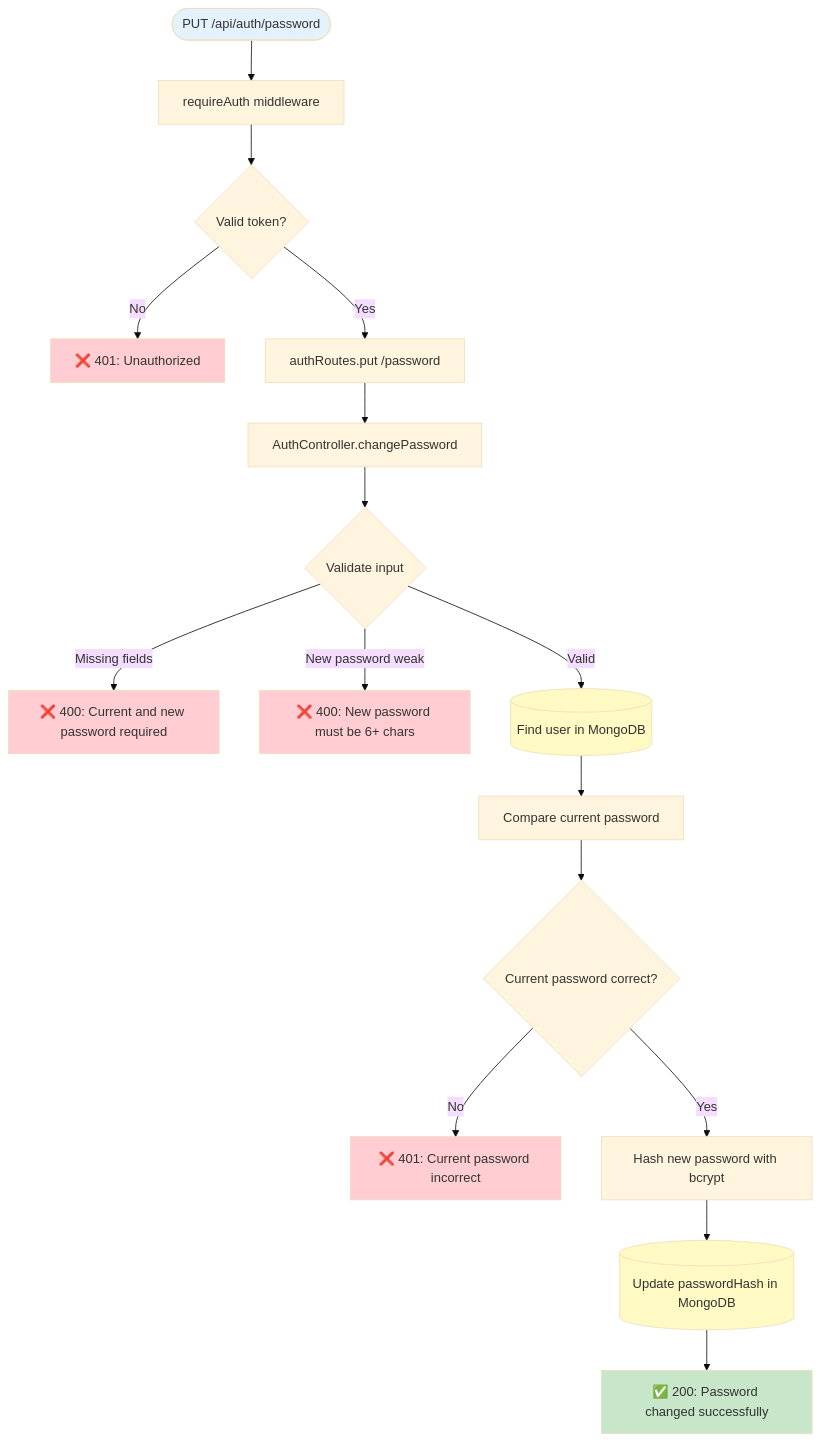
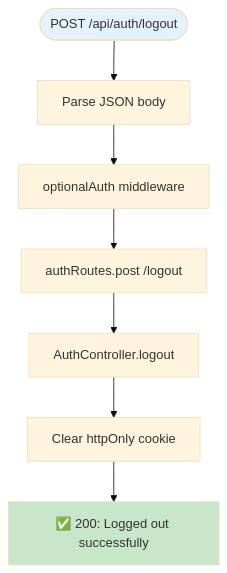
Before and after one commit to shmuelkapiloff/simple-: the third of 11 diagrams in docs/SERVER_ENDPOINTS_MAP.md, drawn with Mermaid (base theme). The commit also changed other lines of this file and 1 other file, not shown here.

Commit message:
fix: Repair broken Mermaid diagrams - remove malformed syntax and incomplete code blocks

````diff
--- a/docs/SERVER_ENDPOINTS_MAP.md
+++ b/docs/SERVER_ENDPOINTS_MAP.md
@@ -489,31 +232,13 @@
 ```mermaid
 flowchart TD
-    Request([PUT /api/auth/password]) --> RequireAuth[requireAuth middleware]
-    RequireAuth --> CheckToken{Valid token?}
-    CheckToken -->|No| Return401["❌ 401: Unauthorized"]
-    CheckToken -->|Yes| RouteHandler[authRoutes.put /password]
+    Request([POST /api/auth/logout]) --> Middleware1[Parse JSON body]
+    Middleware1 --> OptionalAuth[optionalAuth middleware]
+    OptionalAuth --> RouteHandler[authRoutes.post /logout]
     
-    RouteHandler --> Controller[AuthController.changePassword]
-    Controller --> ValidateInput{Validate input}
-    ValidateInput -->|Missing fields| Return400["❌ 400: Current and new password required"]
-    ValidateInput -->|New password weak| Return400Weak["❌ 400: New password must be 6+ chars"]
-    ValidateInput -->|Valid| FindUser[(Find user in MongoDB)]
-    
-    FindUser --> ComparePassword[Compare current password]
-    ComparePassword --> PasswordMatch{Current password correct?}
-    PasswordMatch -->|No| Return401Pass["❌ 401: Current password incorrect"]
-    PasswordMatch -->|Yes| HashNew[Hash new password with bcrypt]
-    
-    HashNew --> UpdatePassword[(Update passwordHash in MongoDB)]
-    UpdatePassword --> Return200["✅ 200: Password changed successfully"]
-    
+    RouteHandler --> Controller[AuthController.logout]
+    Controller --> ClearCookie[Clear httpOnly cookie]
+    ClearCookie --> Return200["✅ 200: Logged out successfully"]
     
     style Request fill:#e3f2fd
     style Return200 fill:#c8e6c9
-    style Return401 fill:#ffcdd2
-    style Return400 fill:#ffcdd2
-    style Return400Weak fill:#ffcdd2
-    style Return401Pass fill:#ffcdd2
-    style FindUser fill:#fff9c4
-    style UpdatePassword fill:#fff9c4
 ```
````
